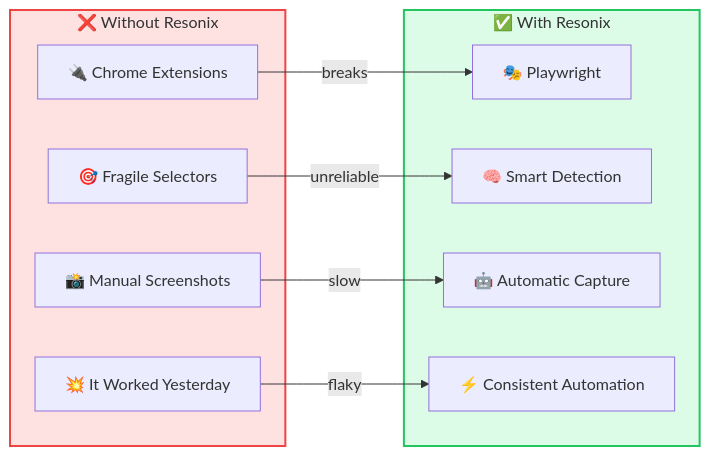
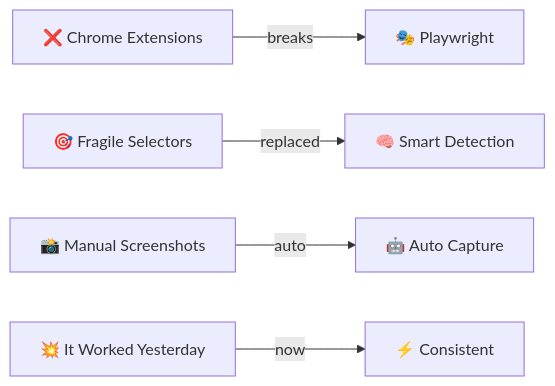
One commit to mangiapanejohn-dev/Resonix-AG changed the third of 5 diagrams in README.md. Above: the diagram before and after it, drawn with Mermaid. The commit also changed other lines of this file, not shown here.

First line of the commit message:
docs: simplify Mermaid diagrams - use mindmap and clean flowcharts

````diff
--- a/README.md
+++ b/README.md
@@ -111,24 +84,7 @@
 ```mermaid
 flowchart LR
-    subgraph TRADITION["❌ Without Resonix"]
-        EXT["🔌 Chrome Extensions"]
-        SELECT["🎯 Fragile Selectors"]
-        SCREEN["📸 Manual Screenshots"]
-        BROKE["💥 It Worked Yesterday"]
-    end
-
-    subgraph RESONIX["✅ With Resonix"]
-        PW["🎭 Playwright"]
-        SMART["🧠 Smart Detection"]
-        AUTO["🤖 Automatic Capture"]
-        CONSISTENT["⚡ Consistent Automation"]
-    end
-
-    EXT -->|breaks| PW
-    SELECT -->|unreliable| SMART
-    SCREEN -->|slow| AUTO
-    BROKE -->|flaky| CONSISTENT
-
-    style TRADITION fill:#fee2e2,stroke:#ef4444,stroke-width:2px
-    style RESONIX fill:#dcfce7,stroke:#22c55e,stroke-width:2px
+    A[❌ Chrome Extensions] -->|breaks| B[🎭 Playwright]
+    C[🎯 Fragile Selectors] -->|replaced| D[🧠 Smart Detection]
+    E[📸 Manual Screenshots] -->|auto| F[🤖 Auto Capture]
+    G[💥 It Worked Yesterday] -->|now| H[⚡ Consistent]
 ```
````
